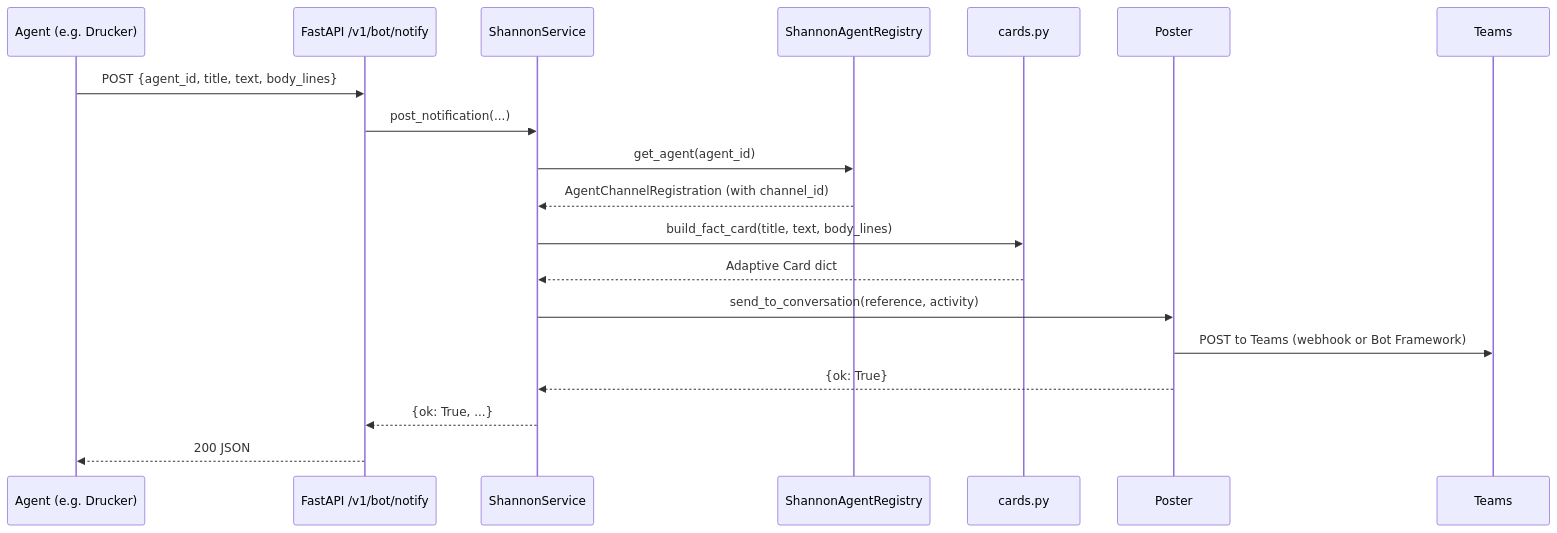
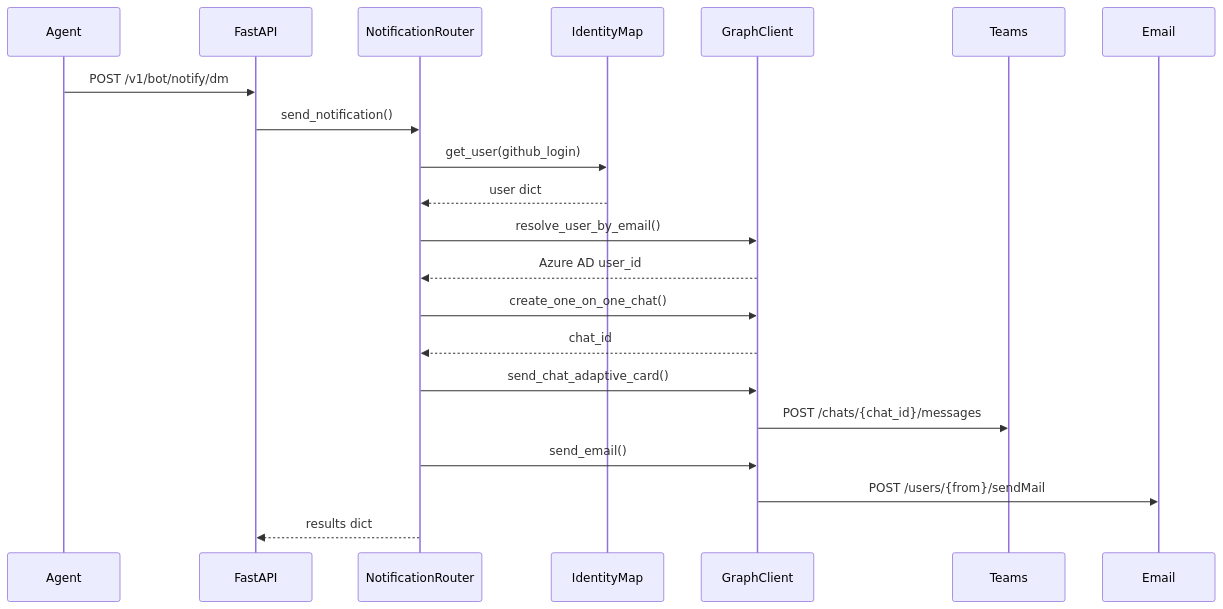
One commit to jmac-cornelis/agent-workforce changed the fourth of 4 diagrams in agents/shannon/docs/service.md. Above: the diagram before and after it, drawn with Mermaid. The commit also changed other lines of this file and 6 other files, not shown here.

````diff
--- a/agents/shannon/docs/service.md
+++ b/agents/shannon/docs/service.md
@@ -106,22 +111,24 @@
 ```mermaid
 sequenceDiagram
-    participant AG as Agent (e.g. Drucker)
-    participant A as FastAPI /v1/bot/notify
-    participant S as ShannonService
-    participant R as ShannonAgentRegistry
-    participant C as cards.py
-    participant P as Poster
-    participant T as Teams
+    participant Agent
+    participant FastAPI
+    participant NotificationRouter
+    participant IdentityMap
+    participant GraphClient
+    participant Teams
+    participant Email
 
-    AG->>A: POST {agent_id, title, text, body_lines}
-    A->>S: post_notification(...)
-    S->>R: get_agent(agent_id)
-    R-->>S: AgentChannelRegistration (with channel_id)
-    S->>C: build_fact_card(title, text, body_lines)
-    C-->>S: Adaptive Card dict
-    S->>P: send_to_conversation(reference, activity)
-    P->>T: POST to Teams (webhook or Bot Framework)
-    P-->>S: {ok: True}
-    S-->>A: {ok: True, ...}
-    A-->>AG: 200 JSON
+    Agent->>FastAPI: POST /v1/bot/notify/dm
+    FastAPI->>NotificationRouter: send_notification()
+    NotificationRouter->>IdentityMap: get_user(github_login)
+    IdentityMap-->>NotificationRouter: user dict
+    NotificationRouter->>GraphClient: resolve_user_by_email()
+    GraphClient-->>NotificationRouter: Azure AD user_id
+    NotificationRouter->>GraphClient: create_one_on_one_chat()
+    GraphClient-->>NotificationRouter: chat_id
+    NotificationRouter->>GraphClient: send_chat_adaptive_card()
+    GraphClient->>Teams: POST /chats/{chat_id}/messages
+    NotificationRouter->>GraphClient: send_email()
+    GraphClient->>Email: POST /users/{from}/sendMail
+    NotificationRouter-->>FastAPI: results dict
 ```
````
